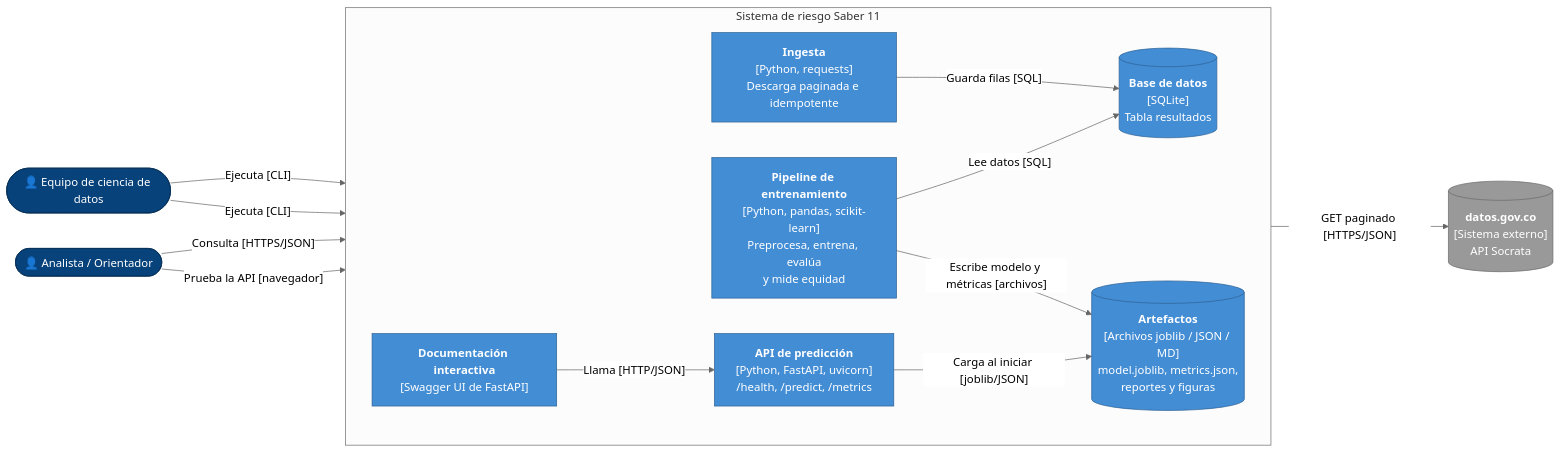
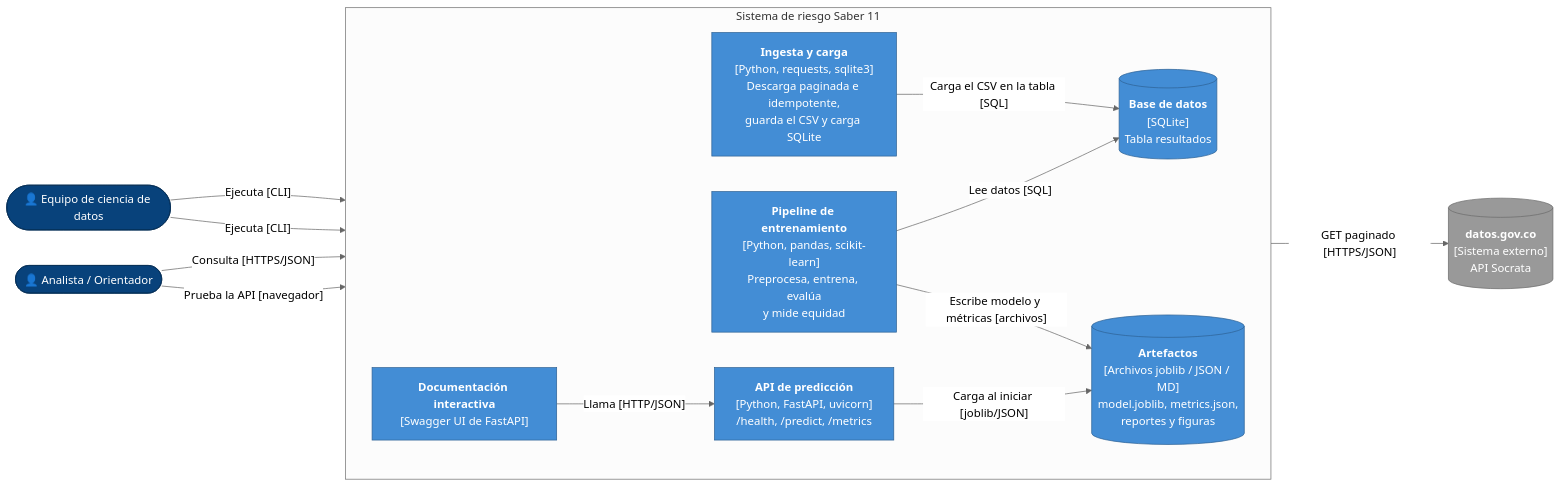
One commit to contracamilo/proyectoFinal_saber11 changed the diagram in docs/arquitectura/c4-contenedores.md. Above: the diagram before and after it, drawn with Mermaid (neutral theme). The commit also changed other lines of this file and 1 other file, not shown here.

````diff
--- a/docs/arquitectura/c4-contenedores.md
+++ b/docs/arquitectura/c4-contenedores.md
@@ -5,36 +5,36 @@
 ```mermaid
 flowchart LR
     usuario(["👤 Analista / Orientador"])
     equipo(["👤 Equipo de ciencia de datos"])
     datosgov[("<b>datos.gov.co</b><br/>[Sistema externo]<br/>API Socrata")]
 
     subgraph sistema["Sistema de riesgo Saber 11"]
         direction LR
-        ingesta["<b>Ingesta</b><br/>[Python, requests]<br/>Descarga paginada e idempotente"]
+        ingesta["<b>Ingesta y carga</b><br/>[Python, requests, sqlite3]<br/>Descarga paginada e idempotente,<br/>guarda el CSV y carga SQLite"]
         db[("<b>Base de datos</b><br/>[SQLite]<br/>Tabla resultados")]
         pipeline["<b>Pipeline de entrenamiento</b><br/>[Python, pandas, scikit-learn]<br/>Preprocesa, entrena, evalúa<br/>y mide equidad"]
         artefactos[("<b>Artefactos</b><br/>[Archivos joblib / JSON / MD]<br/>model.joblib, metrics.json,<br/>reportes y figuras")]
         api["<b>API de predicción</b><br/>[Python, FastAPI, uvicorn]<br/>/health, /predict, /metrics"]
         docs["<b>Documentación interactiva</b><br/>[Swagger UI de FastAPI]"]
     end
 
     equipo -- "Ejecuta [CLI]" --> ingesta
     equipo -- "Ejecuta [CLI]" --> pipeline
     ingesta -- "GET paginado [HTTPS/JSON]" --> datosgov
-    ingesta -- "Guarda filas [SQL]" --> db
+    ingesta -- "Carga el CSV en la tabla [SQL]" --> db
     pipeline -- "Lee datos [SQL]" --> db
     pipeline -- "Escribe modelo y métricas [archivos]" --> artefactos
     api -- "Carga al iniciar [joblib/JSON]" --> artefactos
     usuario -- "Consulta [HTTPS/JSON]" --> api
     usuario -- "Prueba la API [navegador]" --> docs
     docs -- "Llama [HTTP/JSON]" --> api
 
     classDef persona fill:#08427b,color:#fff,stroke:#052e56
     classDef contenedor fill:#438dd5,color:#fff,stroke:#2e6295
     classDef almacen fill:#438dd5,color:#fff,stroke:#2e6295
     classDef externo fill:#999999,color:#fff,stroke:#6b6b6b
     class usuario,equipo persona
     class ingesta,pipeline,api,docs contenedor
     class db,artefactos almacen
     class datosgov externo
 ```
````
